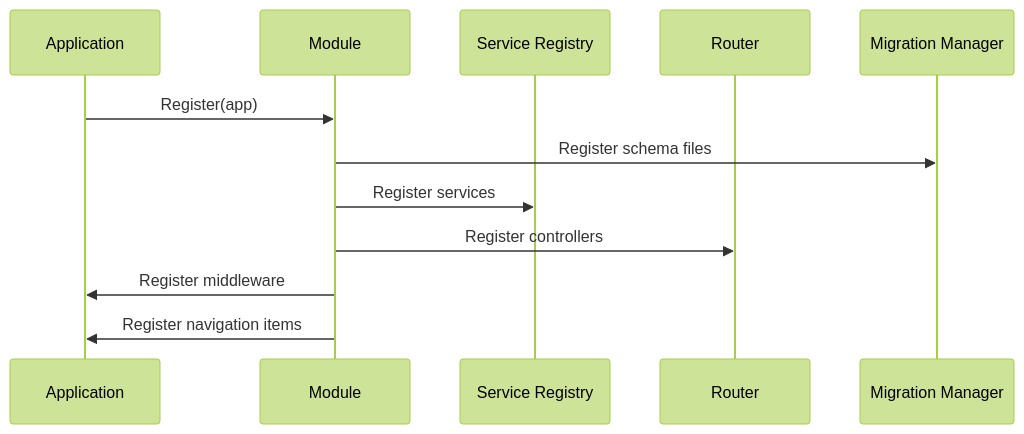
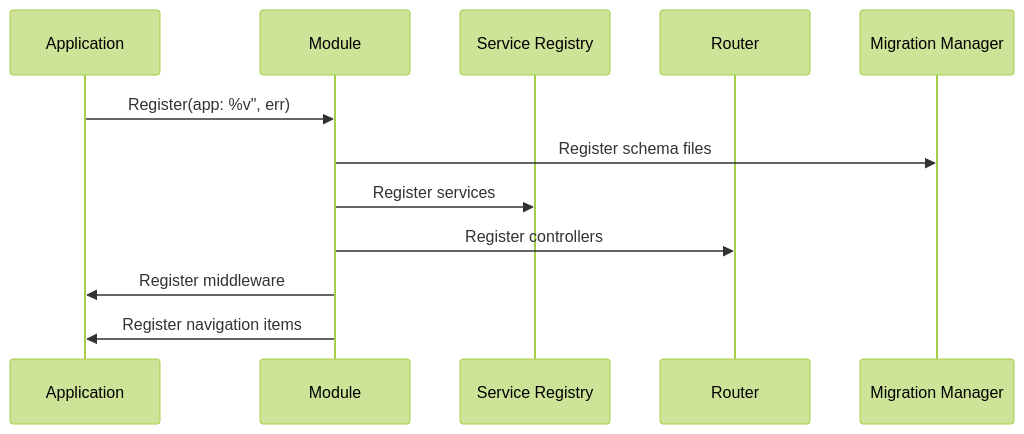
One commit to iota-uz/iota-sdk changed the second of 13 diagrams in docs/content/architecture/module-system.mdx. Above: the diagram before and after it, drawn with Mermaid (forest theme). The commit also changed other lines of this file and 22 other files, not shown here.

````diff
--- a/docs/content/architecture/module-system.mdx
+++ b/docs/content/architecture/module-system.mdx
@@ -27,15 +27,15 @@
 ```mermaid
 sequenceDiagram
     participant App as Application
     participant Mod as Module
     participant Registry as Service Registry
     participant Router as Router
     participant Migrations as Migration Manager
     
-    App->>Mod: Register(app)
+    App->>Mod: Register(app: %v", err)
     Mod->>Migrations: Register schema files
     Mod->>Registry: Register services
     Mod->>Router: Register controllers
     Mod->>App: Register middleware
     Mod->>App: Register navigation items
 ```
````
